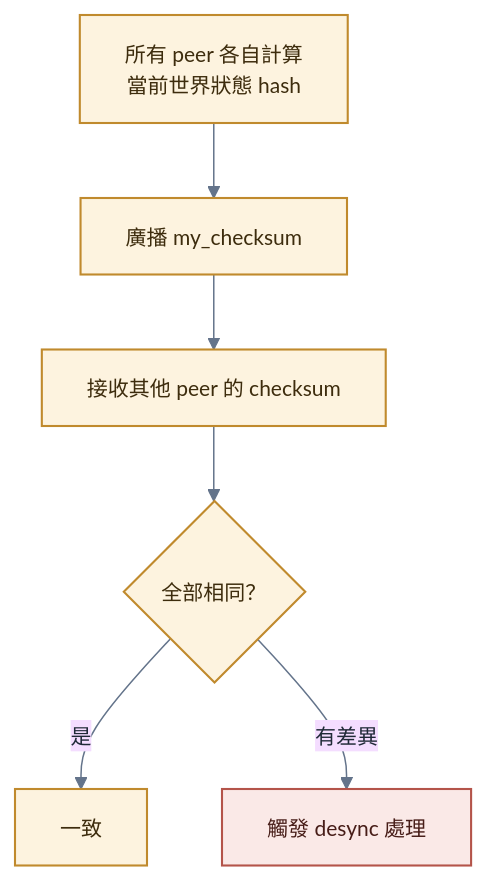
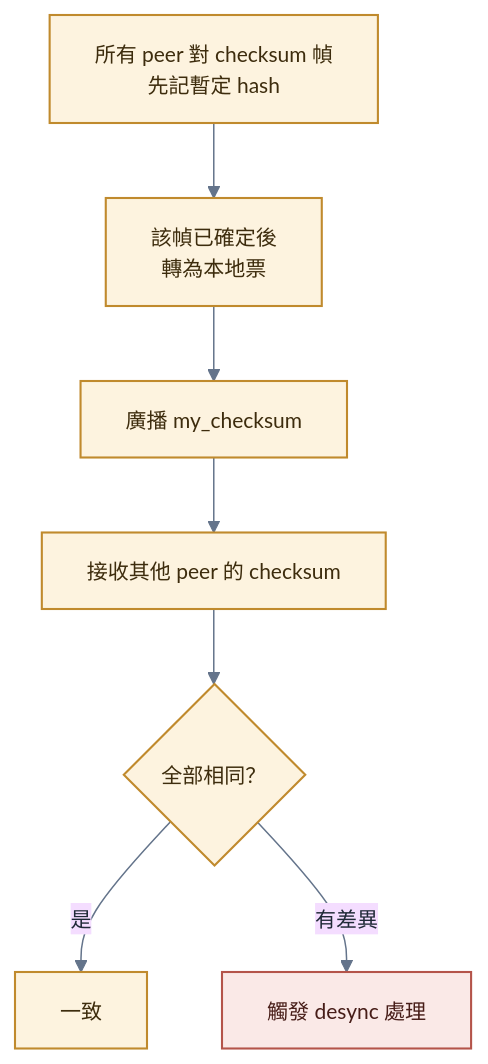
Before and after one commit to xjustloveux/open-4wd-specs: the third of 7 diagrams in 流程/比賽進行.md, drawn with Mermaid. The commit also changed other lines of this file and 185 other files, not shown here.

````diff
--- a/流程/比賽進行.md
+++ b/流程/比賽進行.md
@@ -156,14 +168,15 @@
 ```mermaid
 %%{init: {"theme":"base","themeVariables":{"fontSize":"14px","primaryTextColor":"#1f2937","lineColor":"#64748b"},"flowchart":{"curve":"basis"}}}%%
 flowchart TD
-    A["所有 peer 各自計算<br/>當前世界狀態 hash"] --> B["廣播 my_checksum"]
+    A["所有 peer 對 checksum 幀<br/>先記暫定 hash"] --> A2["該幀已確定後<br/>轉為本地票"]
+    A2 --> B["廣播 my_checksum"]
     B --> C["接收其他 peer 的 checksum"]
     C --> D{"全部相同？"}
     D -->|"是"| E["一致"]
     D -->|"有差異"| X["觸發 desync 處理"]
 
     classDef consensus fill:#fdf3df,stroke:#c08a2d,stroke-width:1.4px,color:#3d2c0d;
     classDef fail fill:#fae9e7,stroke:#b4544a,stroke-width:1.4px,color:#471d18;
-    class A,B,C,D,E consensus
+    class A,A2,B,C,D,E consensus
     class X fail
 ```
````
